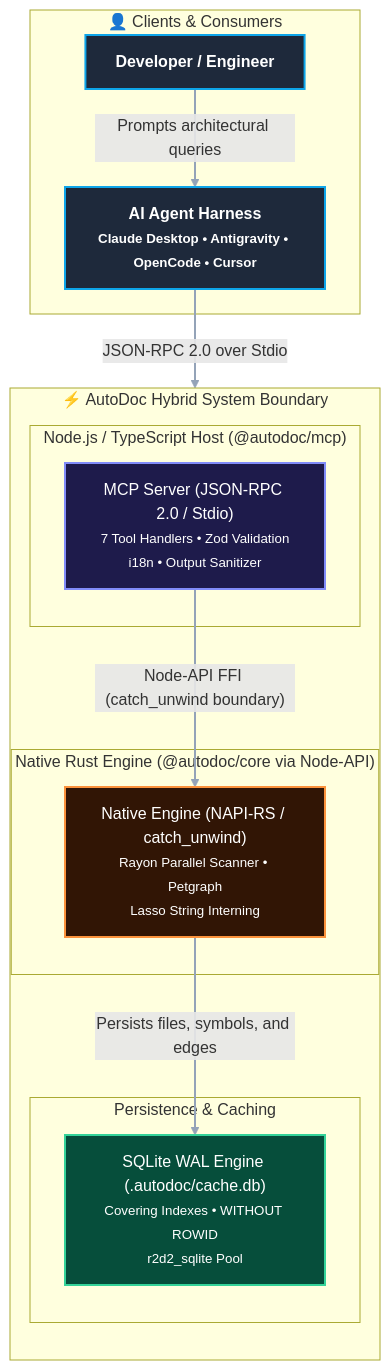
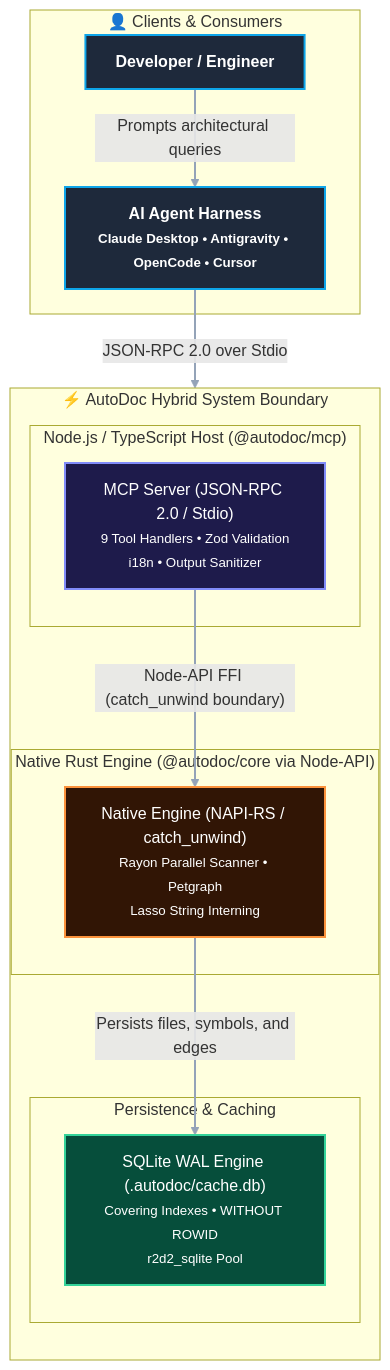
The diagram in docs/reference/architecture.md (dandgabr/autodoc), drawn with Mermaid before and after one commit. The commit also changed other lines of this file and 16 other files, not shown here.

First line of the commit message:
docs: synchronize architecture, tools, and codebase topology via self-scan

````diff
--- a/docs/reference/architecture.md
+++ b/docs/reference/architecture.md
@@ -13,36 +13,36 @@
 ```mermaid
 flowchart TD
     %% High Contrast Styling Definitions
     classDef clientClass fill:#1E293B,stroke:#0EA5E9,stroke-width:2px,color:#FFFFFF,font-weight:bold;
     classDef mcpClass fill:#1E1B4B,stroke:#818CF8,stroke-width:2px,color:#FFFFFF;
     classDef rustClass fill:#311505,stroke:#FB923C,stroke-width:2px,color:#FFFFFF;
     classDef dbClass fill:#064E3B,stroke:#34D399,stroke-width:2px,color:#FFFFFF;
 
     subgraph Clients["👤 Clients & Consumers"]
         Dev["Developer / Engineer"]:::clientClass
         Harness["AI Agent Harness<br/><small>Claude Desktop • Antigravity • OpenCode • Cursor</small>"]:::clientClass
     end
 
     subgraph AutoDocSystem["⚡ AutoDoc Hybrid System Boundary"]
         direction TB
 
         subgraph MCPLayer["Node.js / TypeScript Host (@autodoc/mcp)"]
-            MCPServer["MCP Server (JSON-RPC 2.0 / Stdio)<br/><small>7 Tool Handlers • Zod Validation<br/>i18n • Output Sanitizer</small>"]:::mcpClass
+            MCPServer["MCP Server (JSON-RPC 2.0 / Stdio)<br/><small>9 Tool Handlers • Zod Validation<br/>i18n • Output Sanitizer</small>"]:::mcpClass
         end
 
         subgraph CoreLayer["Native Rust Engine (@autodoc/core via Node-API)"]
             NativeCore["Native Engine (NAPI-RS / catch_unwind)<br/><small>Rayon Parallel Scanner • Petgraph<br/>Lasso String Interning</small>"]:::rustClass
         end
 
         subgraph StorageLayer["Persistence & Caching"]
             Storage["SQLite WAL Engine (.autodoc/cache.db)<br/><small>Covering Indexes • WITHOUT ROWID<br/>r2d2_sqlite Pool</small>"]:::dbClass
         end
     end
 
     Dev -->|"Prompts architectural queries"| Harness
     Harness -->|"JSON-RPC 2.0 over Stdio"| MCPServer
     MCPServer -->|"Node-API FFI (catch_unwind boundary)"| NativeCore
     NativeCore -->|"Persists files, symbols, and edges"| Storage
 
     linkStyle default stroke:#94A3B8,stroke-width:2px;
 ```
````
